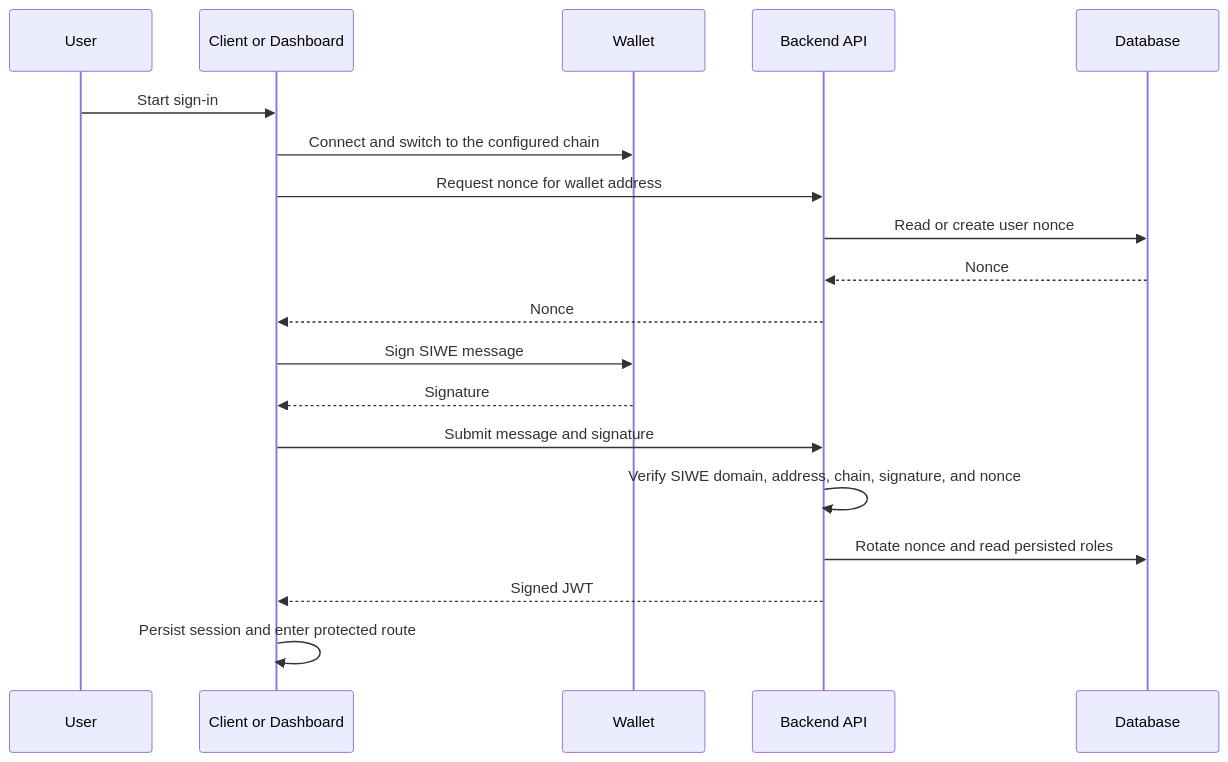
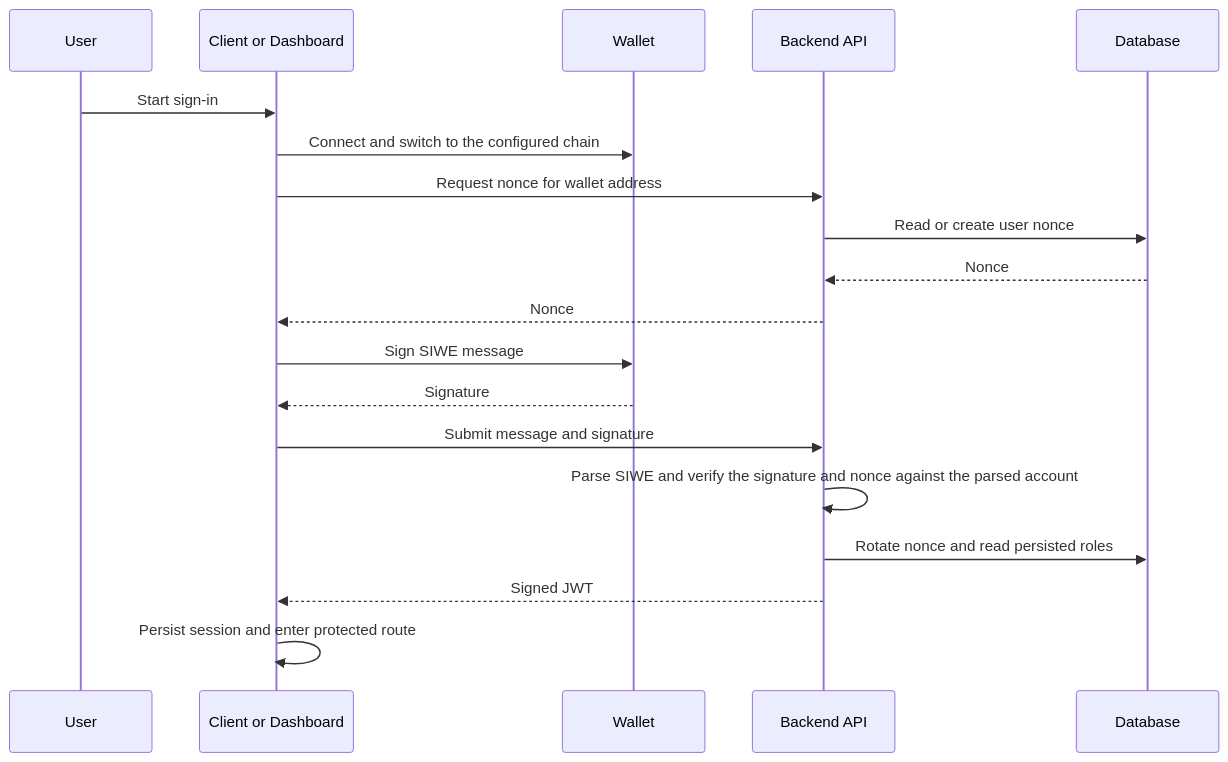
One commit to globe-and-citizen/cnc-portal changed the diagram in docs/implementation/authentication/README.md. Above: the diagram before and after it, drawn with Mermaid. The commit also changed other lines of this file and 10 other files, not shown here.

````diff
--- a/docs/implementation/authentication/README.md
+++ b/docs/implementation/authentication/README.md
@@ -15,22 +15,22 @@
 ```mermaid
 sequenceDiagram
   participant User
   participant UI as Client or Dashboard
   participant Wallet
   participant API as Backend API
   participant DB as Database
 
   User->>UI: Start sign-in
   UI->>Wallet: Connect and switch to the configured chain
   UI->>API: Request nonce for wallet address
   API->>DB: Read or create user nonce
   DB-->>API: Nonce
   API-->>UI: Nonce
   UI->>Wallet: Sign SIWE message
   Wallet-->>UI: Signature
   UI->>API: Submit message and signature
-  API->>API: Verify SIWE domain, address, chain, signature, and nonce
+  API->>API: Parse SIWE and verify the signature and nonce against the parsed account
   API->>DB: Rotate nonce and read persisted roles
   API-->>UI: Signed JWT
   UI->>UI: Persist session and enter protected route
 ```
````
